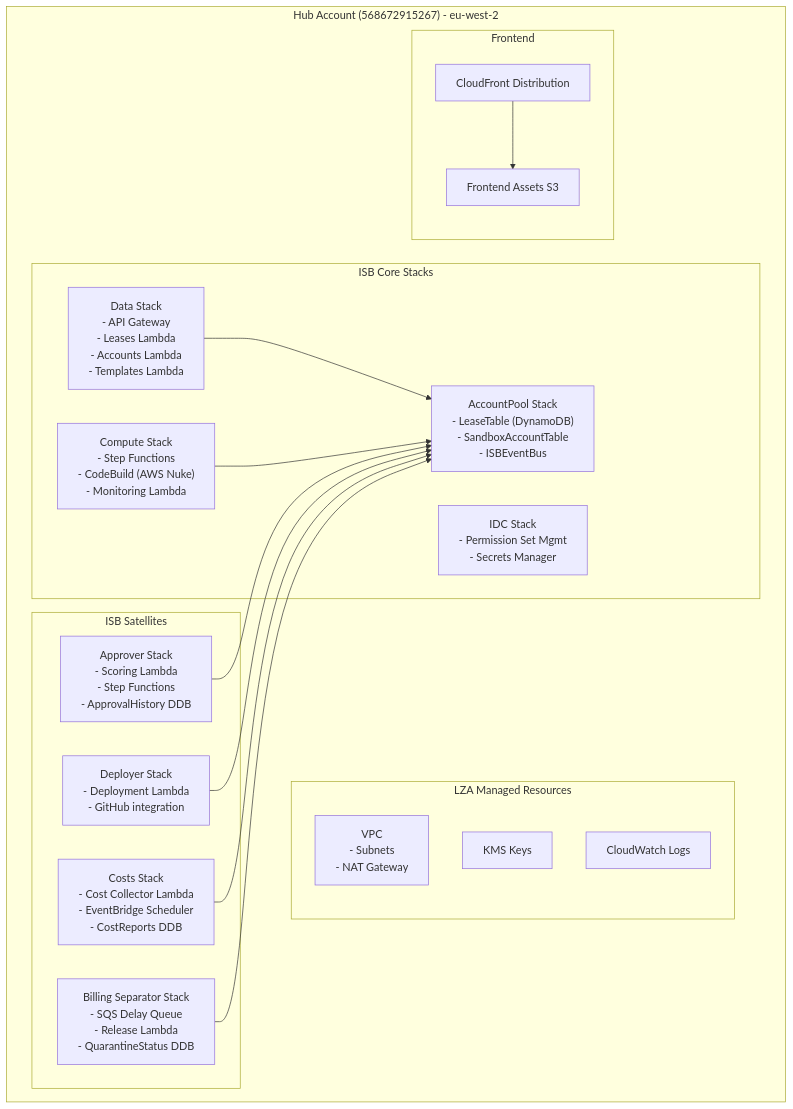
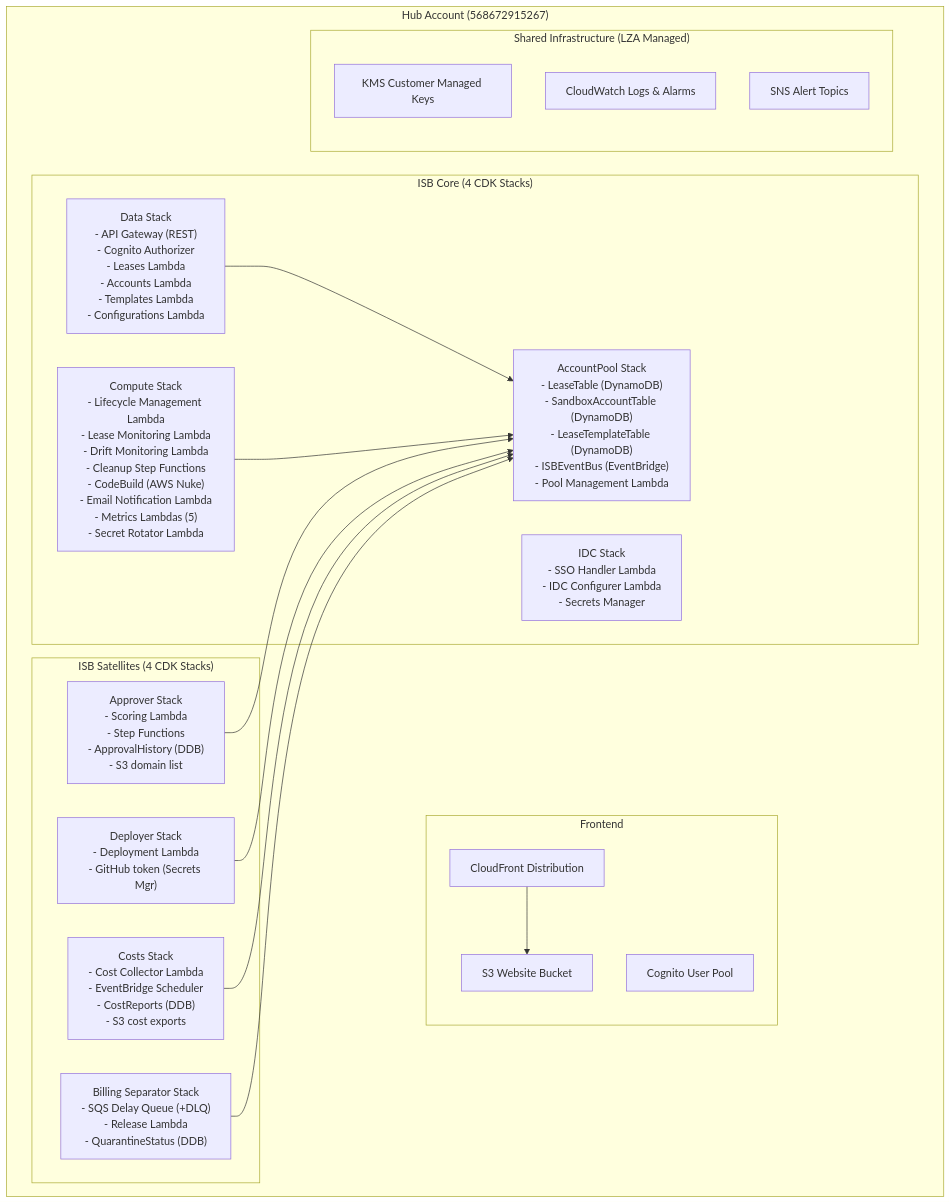
The second of 6 diagrams in docs/81-aws-architecture.md (co-cddo/ndx-try-arch), drawn with Mermaid before and after one commit. The commit also changed other lines of this file and 41 other files, not shown here.

First line of the commit message:
docs: update NDX architecture documentation (#9)

````diff
--- a/docs/81-aws-architecture.md
+++ b/docs/81-aws-architecture.md
@@ -103,45 +76,44 @@
 ```mermaid
 graph TB
-    subgraph hub_account["Hub Account (568672915267) - eu-west-2"]
-        subgraph isb_core["ISB Core Stacks"]
-            account_pool["AccountPool Stack<br/>- LeaseTable (DynamoDB)<br/>- SandboxAccountTable<br/>- ISBEventBus"]
+    subgraph hub_account["Hub Account (568672915267)"]
+        subgraph isb_core["ISB Core (4 CDK Stacks)"]
+            account_pool["AccountPool Stack<br/>- LeaseTable (DynamoDB)<br/>- SandboxAccountTable (DynamoDB)<br/>- LeaseTemplateTable (DynamoDB)<br/>- ISBEventBus (EventBridge)<br/>- Pool Management Lambda"]
 
-            idc_stack["IDC Stack<br/>- Permission Set Mgmt<br/>- Secrets Manager"]
+            idc_stack["IDC Stack<br/>- SSO Handler Lambda<br/>- IDC Configurer Lambda<br/>- Secrets Manager"]
 
-            data_stack["Data Stack<br/>- API Gateway<br/>- Leases Lambda<br/>- Accounts Lambda<br/>- Templates Lambda"]
+            data_stack["Data Stack<br/>- API Gateway (REST)<br/>- Cognito Authorizer<br/>- Leases Lambda<br/>- Accounts Lambda<br/>- Templates Lambda<br/>- Configurations Lambda"]
 
-            compute_stack["Compute Stack<br/>- Step Functions<br/>- CodeBuild (AWS Nuke)<br/>- Monitoring Lambda"]
+            compute_stack["Compute Stack<br/>- Lifecycle Management Lambda<br/>- Lease Monitoring Lambda<br/>- Drift Monitoring Lambda<br/>- Cleanup Step Functions<br/>- CodeBuild (AWS Nuke)<br/>- Email Notification Lambda<br/>- Metrics Lambdas (5)<br/>- Secret Rotator Lambda"]
         end
 
-        subgraph satellites["ISB Satellites"]
-            approver_stack["Approver Stack<br/>- Scoring Lambda<br/>- Step Functions<br/>- ApprovalHistory DDB"]
+        subgraph satellites["ISB Satellites (4 CDK Stacks)"]
+            approver_stack["Approver Stack<br/>- Scoring Lambda<br/>- Step Functions<br/>- ApprovalHistory (DDB)<br/>- S3 domain list"]
 
-            deployer_stack["Deployer Stack<br/>- Deployment Lambda<br/>- GitHub integration"]
+            deployer_stack["Deployer Stack<br/>- Deployment Lambda<br/>- GitHub token (Secrets Mgr)"]
 
-            costs_stack["Costs Stack<br/>- Cost Collector Lambda<br/>- EventBridge Scheduler<br/>- CostReports DDB"]
+            costs_stack["Costs Stack<br/>- Cost Collector Lambda<br/>- EventBridge Scheduler<br/>- CostReports (DDB)<br/>- S3 cost exports"]
 
-            billing_stack["Billing Separator Stack<br/>- SQS Delay Queue<br/>- Release Lambda<br/>- QuarantineStatus DDB"]
+            billing_stack["Billing Separator Stack<br/>- SQS Delay Queue (+DLQ)<br/>- Release Lambda<br/>- QuarantineStatus (DDB)"]
         end
 
-        subgraph lza_resources["LZA Managed Resources"]
-            lza_vpc["VPC<br/>- Subnets<br/>- NAT Gateway"]
-            lza_kms["KMS Keys"]
-            lza_logs["CloudWatch Logs"]
+        subgraph frontend_infra["Frontend"]
+            cloudfront["CloudFront Distribution"]
+            frontend_s3["S3 Website Bucket"]
+            cognito["Cognito User Pool"]
         end
 
-        subgraph frontend["Frontend"]
-            cloudfront["CloudFront Distribution"]
-            frontend_s3["Frontend Assets S3"]
+        subgraph shared_infra["Shared Infrastructure (LZA Managed)"]
+            kms["KMS Customer Managed Keys"]
+            cloudwatch["CloudWatch Logs & Alarms"]
+            sns["SNS Alert Topics"]
         end
     end
 
     data_stack --> account_pool
     compute_stack --> account_pool
-
     approver_stack --> account_pool
     deployer_stack --> account_pool
     costs_stack --> account_pool
     billing_stack --> account_pool
-
     cloudfront --> frontend_s3
 ```
````
